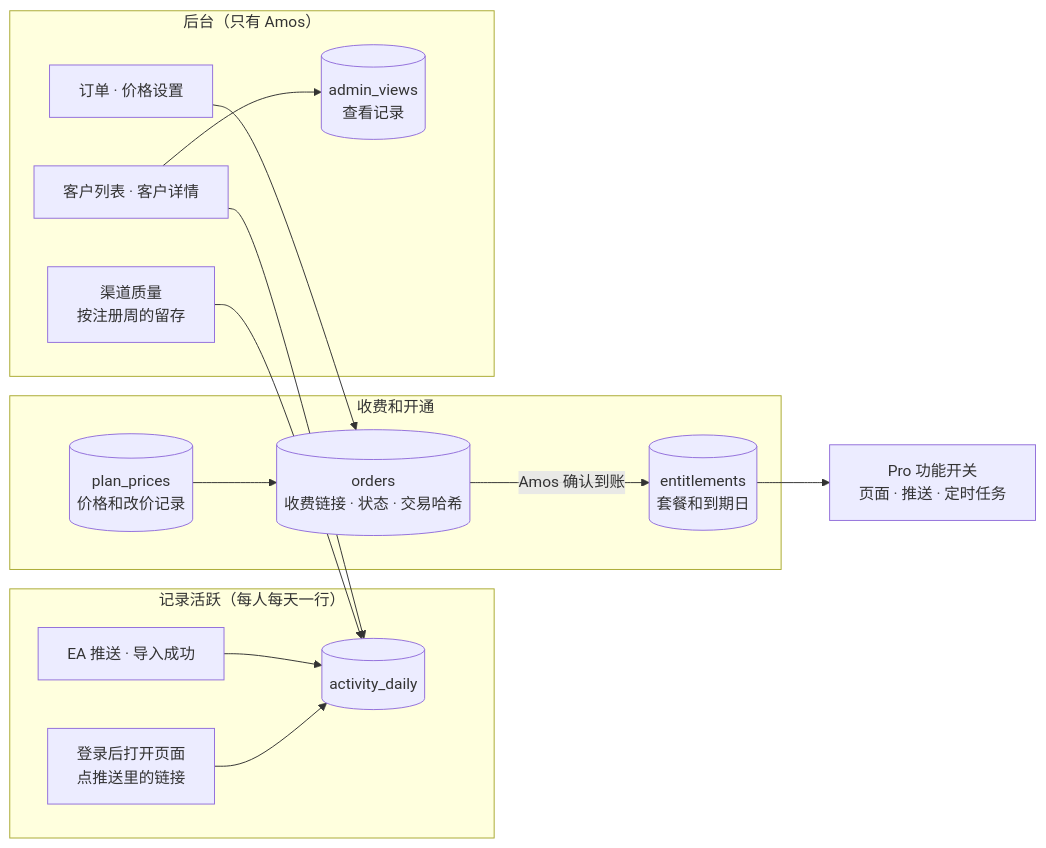
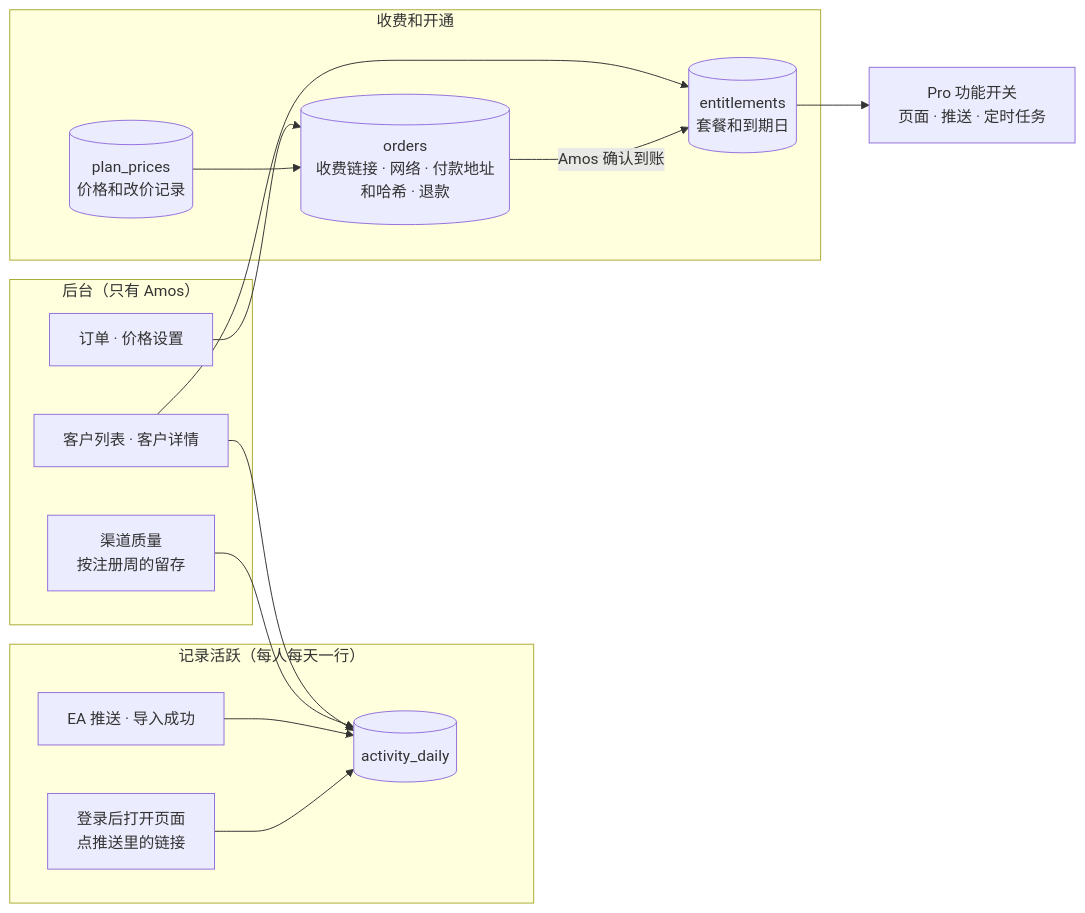
Before and after one commit to dollar3651314/trading-journal: the first of 8 diagrams in 00-架构方案.md, drawn with Mermaid. The commit also changed other lines of this file and 24 other files, not shown here.

````diff
--- a/00-架构方案.md
+++ b/00-架构方案.md
@@ -20,18 +20,18 @@
 ```mermaid
 flowchart LR
     subgraph IN["记录活跃（每人每天一行）"]
         W["登录后打开页面<br/>点推送里的链接"] --> AD[("activity_daily")]
         E["EA 推送 · 导入成功"] --> AD
     end
     subgraph PAY["收费和开通"]
-        PR[("plan_prices<br/>价格和改价记录")] --> OR[("orders<br/>收费链接 · 状态 · 交易哈希")]
+        PR[("plan_prices<br/>价格和改价记录")] --> OR[("orders<br/>收费链接 · 网络 · 付款地址和哈希 · 退款")]
         OR -->|"Amos 确认到账"| EN[("entitlements<br/>套餐和到期日")]
     end
     subgraph ADM["后台（只有 Amos）"]
         Q["渠道质量<br/>按注册周的留存"] --> AD
         CL["客户列表 · 客户详情"] --> AD
-        CL --> AL[("admin_views<br/>查看记录")]
+        CL --> EN
         PO["订单 · 价格设置"] --> OR
     end
     EN --> GATE["Pro 功能开关<br/>页面 · 推送 · 定时任务"]
 ```
````
